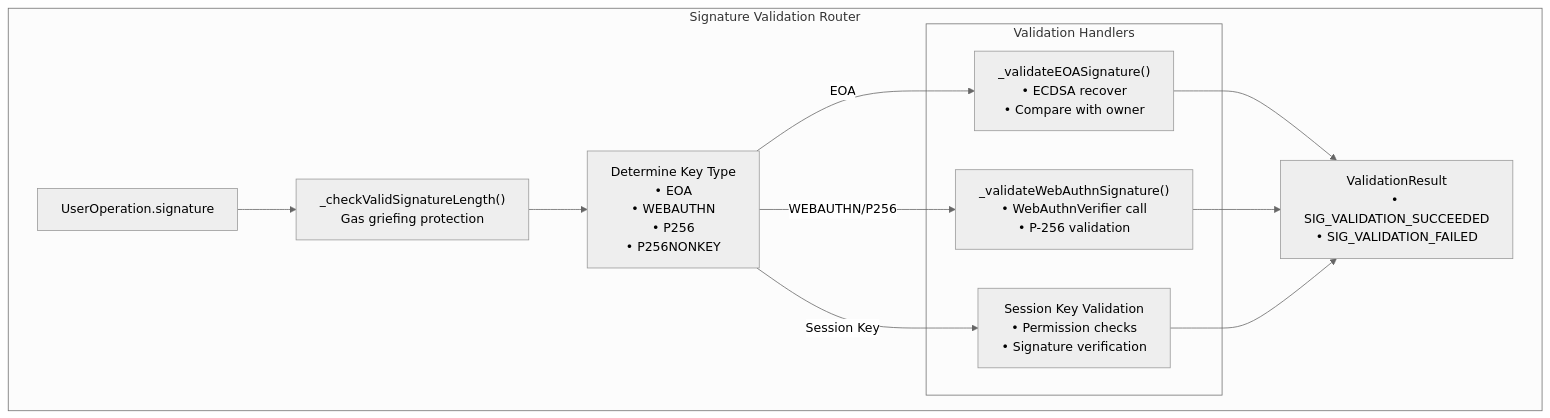
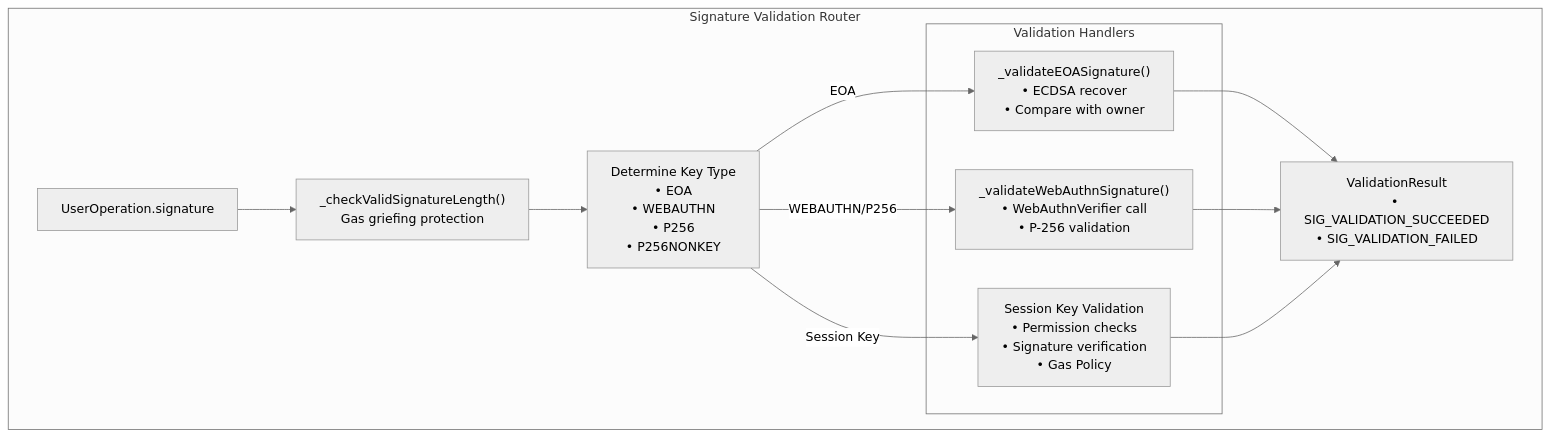
Before and after one commit to openfort-xyz/openfort-7702-account: the third of 4 diagrams in docs/AA.md, drawn with Mermaid (neutral theme).

Commit message:
(docs): AA.md

````diff
--- a/docs/AA.md
+++ b/docs/AA.md
@@ -80,26 +80,26 @@
 ```mermaid
 flowchart TD
     subgraph "Signature Validation Router"
         UserOpSig["UserOperation.signature"]
         SigLength["_checkValidSignatureLength()<br/>Gas griefing protection"]
         KeyType["Determine Key Type<br/>• EOA<br/>• WEBAUTHN<br/>• P256<br/>• P256NONKEY"]
         
         subgraph "Validation Handlers"
             EOAPath["_validateEOASignature()<br/>• ECDSA recover<br/>• Compare with owner"]
             WebAuthnPath["_validateWebAuthnSignature()<br/>• WebAuthnVerifier call<br/>• P-256 validation"]
-            SessionPath["Session Key Validation<br/>• Permission checks<br/>• Signature verification"]
+            SessionPath["Session Key Validation<br/>• Permission checks<br/>• Signature verification<br/>• Gas Policy"]
         end
         
         Result["ValidationResult<br/>• SIG_VALIDATION_SUCCEEDED<br/>• SIG_VALIDATION_FAILED"]
     end
 
     %% Flow connections
     UserOpSig --> SigLength
     SigLength --> KeyType
     KeyType -->|EOA| EOAPath
     KeyType -->|WEBAUTHN/P256| WebAuthnPath
     KeyType -->|Session Key| SessionPath
     EOAPath --> Result
     WebAuthnPath --> Result
     SessionPath --> Result
 ```
````
